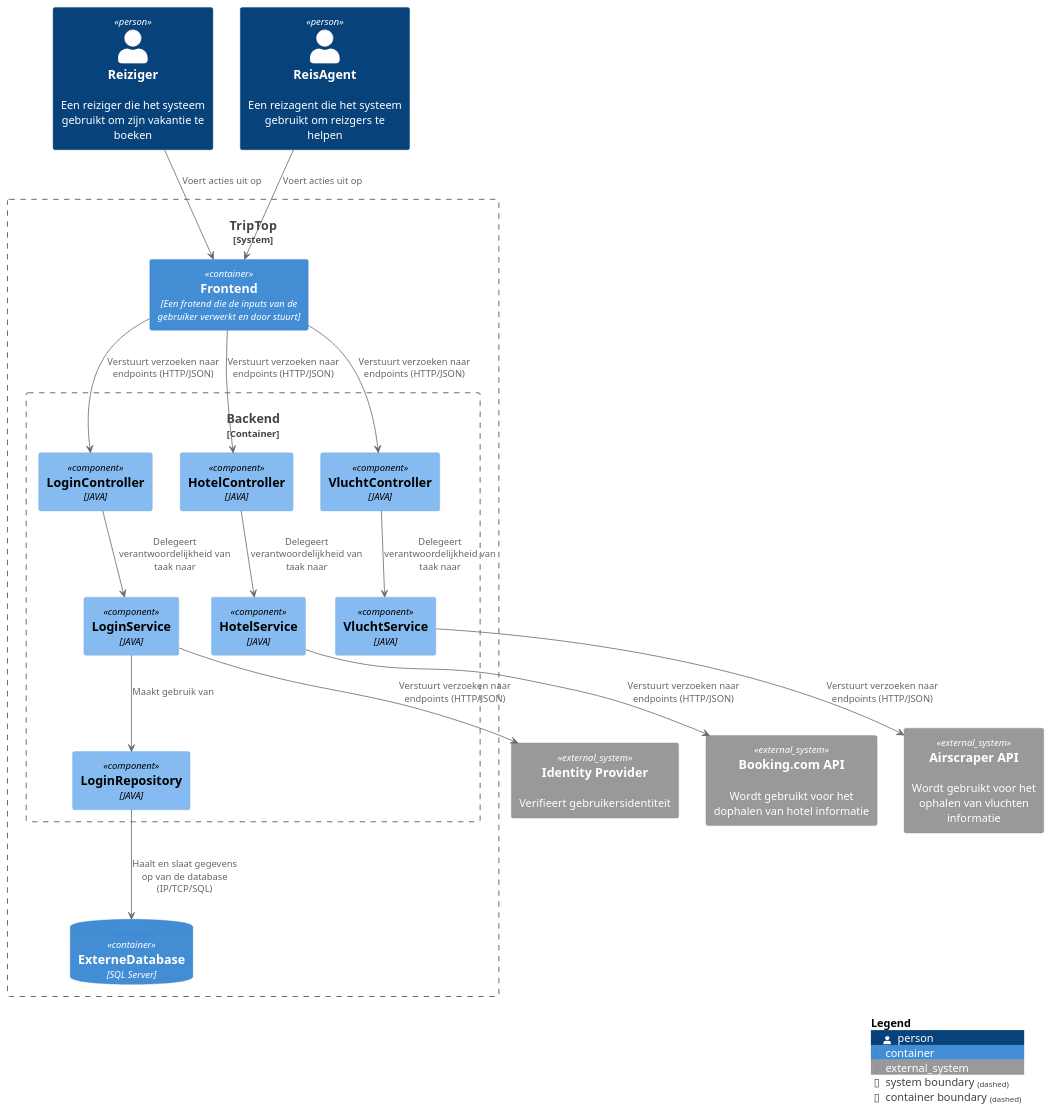
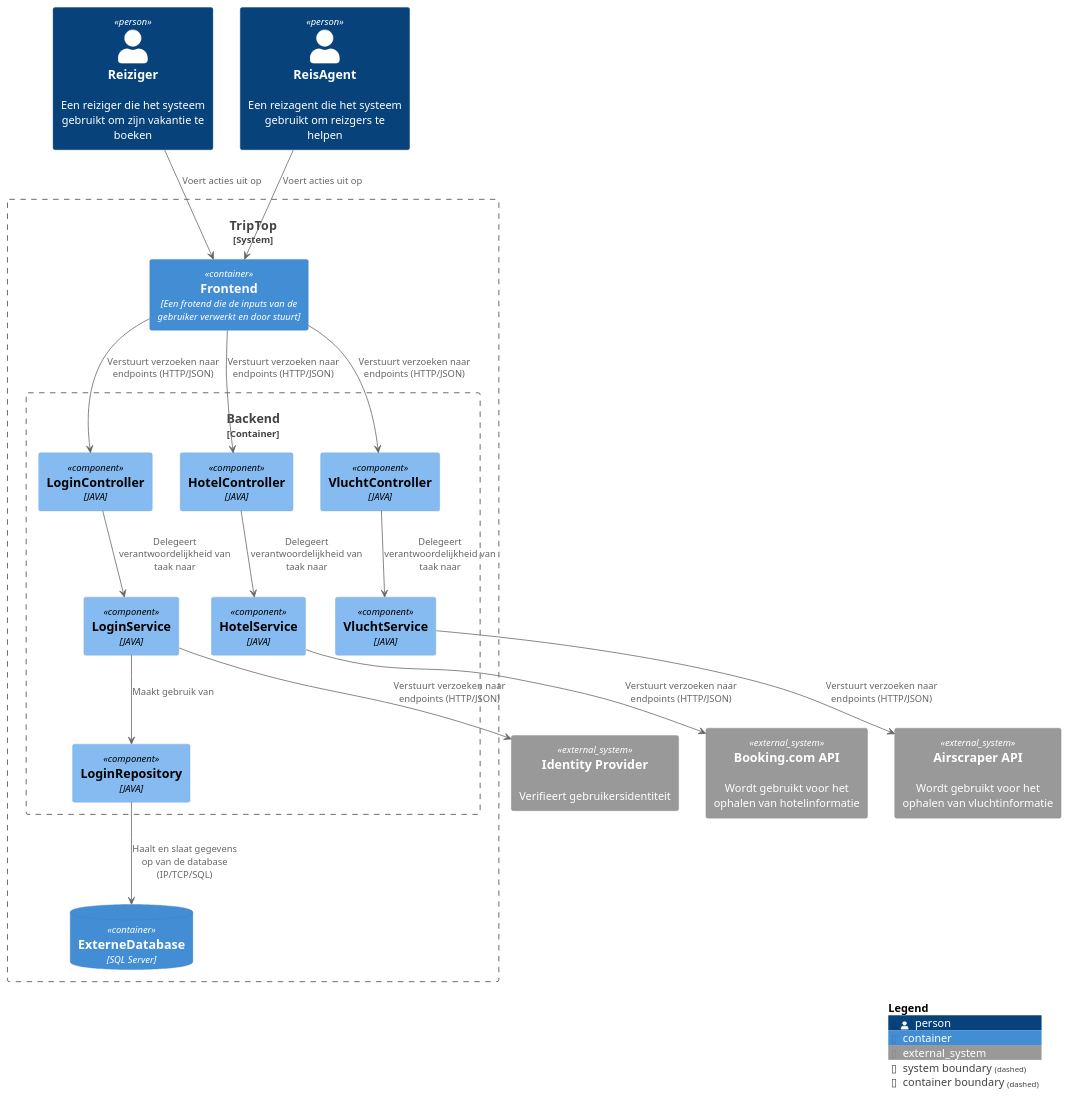
The diagram in C4_diagrammen/Component-diagram-TripTop-Backend.puml (AIM-ENE-feb25/triptop-groep-b4), drawn with PlantUML before and after one commit. The commit also changed 13 other files, not shown here.

```diff
--- a/C4_diagrammen/Component-diagram-TripTop-Backend.puml
+++ b/C4_diagrammen/Component-diagram-TripTop-Backend.puml
@@ -1,53 +1,53 @@
 @startuml
 !include https://raw.githubusercontent.com/plantuml-stdlib/C4-PlantUML/master/C4_Component.puml
 !include https://raw.githubusercontent.com/plantuml-stdlib/C4-PlantUML/master/C4_Container.puml
 
 
 Person(Reiziger, "Reiziger", "Een reiziger die het systeem gebruikt om zijn vakantie te boeken")
 Person(ReisAgent, "ReisAgent", "Een reizagent die het systeem gebruikt om reizgers te helpen")
 
 System_Boundary(System_Boundary, TripTop){
 Container(Frontend, "Frontend", "Een frotend die de inputs van de gebruiker verwerkt en door stuurt")
 
 Container_Boundary(ContainerBoundary, "Backend") {
 
 Component(LoginController, "LoginController", "JAVA")
 Component(LoginService, "LoginService", "JAVA")
 Component(LoginRepository, "LoginRepository", "JAVA")
 
 Component(HotelController, "HotelController", "JAVA")
 Component(HotelService, "HotelService", "JAVA")
 
 Component(VluchtController, "VluchtController", "JAVA")
 Component(VluchtService, "VluchtService", "JAVA")
 
 }
 
 ContainerDb(Externe_Database," ExterneDatabase","SQL Server")
 }
 System_Ext(IdentityProvider, "Identity Provider", "Verifieert gebruikersidentiteit")
-System_Ext(Booking.com, "Booking.com API", "Wordt gebruikt voor het dophalen van hotel informatie")
-System_Ext(Airscraper, "Airscraper API", "Wordt gebruikt voor het ophalen van vluchten informatie")
+System_Ext(Booking.com, "Booking.com API", "Wordt gebruikt voor het ophalen van hotelinformatie")
+System_Ext(Airscraper, "Airscraper API", "Wordt gebruikt voor het ophalen van vluchtinformatie")
 
 
 Reiziger --> Frontend: "Voert acties uit op"
 ReisAgent --> Frontend: "Voert acties uit op"
 
 
 Frontend --> LoginController: "Verstuurt verzoeken naar endpoints (HTTP/JSON)"
 Frontend --> HotelController: "Verstuurt verzoeken naar endpoints (HTTP/JSON)"
 Frontend --> VluchtController: "Verstuurt verzoeken naar endpoints (HTTP/JSON)"
 
 LoginController --> LoginService: "Delegeert verantwoordelijkheid van taak naar"
 LoginService --> LoginRepository: "Maakt gebruik van"
 LoginRepository --> Externe_Database: "Haalt en slaat gegevens op van de database (IP/TCP/SQL)"
 
 HotelController --> HotelService: "Delegeert verantwoordelijkheid van taak naar"
 VluchtController --> VluchtService: "Delegeert verantwoordelijkheid van taak naar"
 
 LoginService --> IdentityProvider: "Verstuurt verzoeken naar endpoints (HTTP/JSON)"
 HotelService --> Booking.com: "Verstuurt verzoeken naar endpoints (HTTP/JSON)"
 VluchtService --> Airscraper: "Verstuurt verzoeken naar endpoints (HTTP/JSON)"
 
 SHOW_LEGEND(TRUE)
 @enduml
```
